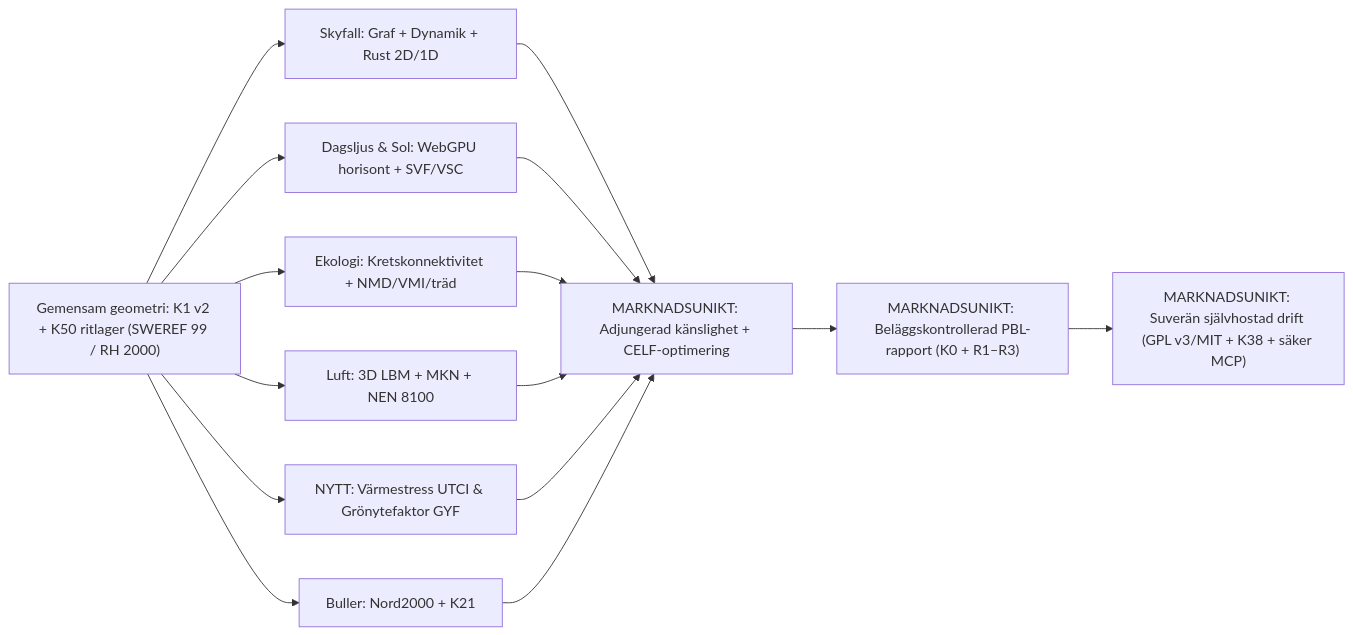
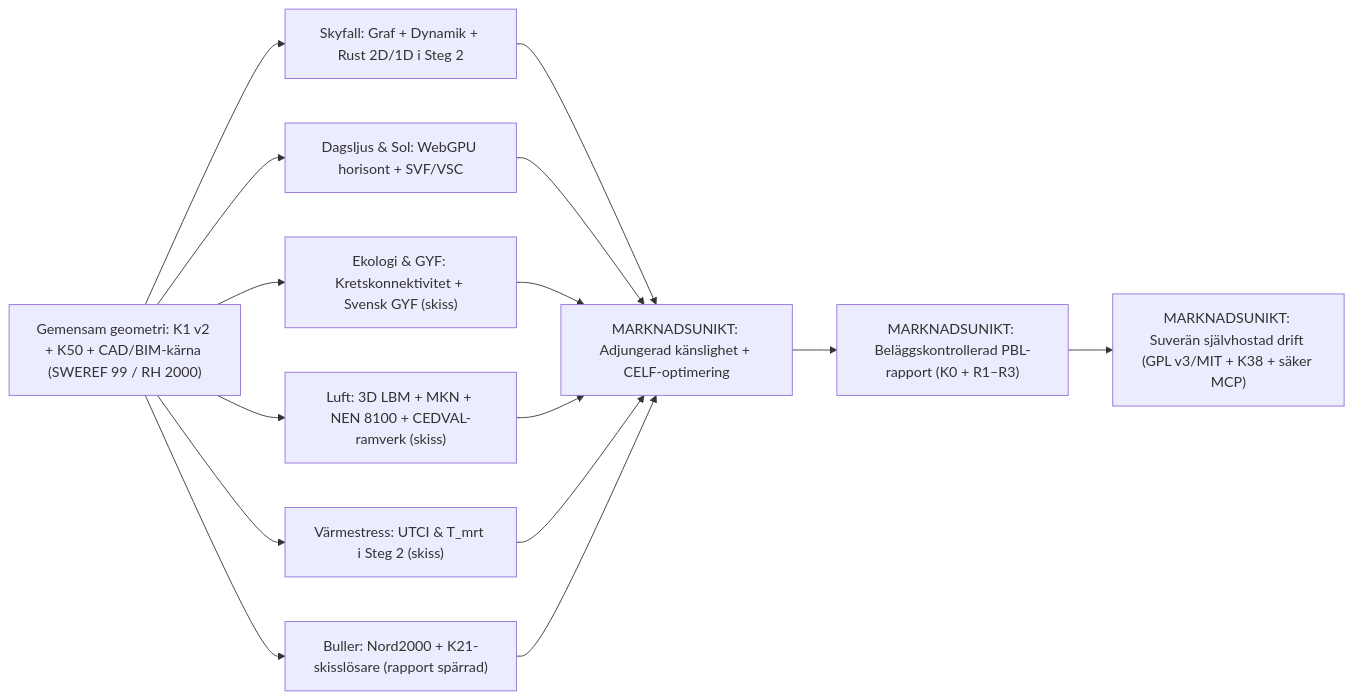
One commit to joelberring/floden changed the diagram in docs/MARKNADSBENCHMARK.md. Above: the diagram before and after it, drawn with Mermaid. The commit also changed other lines of this file and 2 other files, not shown here.

````diff
--- a/docs/MARKNADSBENCHMARK.md
+++ b/docs/MARKNADSBENCHMARK.md
@@ -122,20 +124,20 @@
 ```mermaid
 flowchart LR
-    K1["Gemensam geometri: K1 v2 + K50 ritlager (SWEREF 99 / RH 2000)"]
-    K1 --> D1["Skyfall: Graf + Dynamik + Rust 2D/1D"]
+    K1["Gemensam geometri: K1 v2 + K50 + CAD/BIM-kärna (SWEREF 99 / RH 2000)"]
+    K1 --> D1["Skyfall: Graf + Dynamik + Rust 2D/1D i Steg 2"]
     K1 --> D2["Dagsljus & Sol: WebGPU horisont + SVF/VSC"]
-    K1 --> D3["Ekologi: Kretskonnektivitet + NMD/VMI/träd"]
-    K1 --> D4["Luft: 3D LBM + MKN + NEN 8100"]
-    K1 --> D5["NYTT: Värmestress UTCI & Grönytefaktor GYF"]
-    K1 --> D6["Buller: Nord2000 + K21"]
+    K1 --> D3["Ekologi & GYF: Kretskonnektivitet + Svensk GYF (skiss)"]
+    K1 --> D4["Luft: 3D LBM + MKN + NEN 8100 + CEDVAL-ramverk (skiss)"]
+    K1 --> D5["Värmestress: UTCI & T_mrt i Steg 2 (skiss)"]
+    K1 --> D6["Buller: Nord2000 + K21-skisslösare (rapport spärrad)"]
 
     D1 --> OPT["MARKNADSUNIKT: Adjungerad känslighet + CELF-optimering"]
     D2 --> OPT
     D3 --> OPT
     D4 --> OPT
     D5 --> OPT
     D6 --> OPT
 
     OPT --> REP["MARKNADSUNIKT: Beläggskontrollerad PBL-rapport (K0 + R1–R3)"]
     REP --> SEC["MARKNADSUNIKT: Suverän självhostad drift (GPL v3/MIT + K38 + säker MCP)"]
 ```
````
